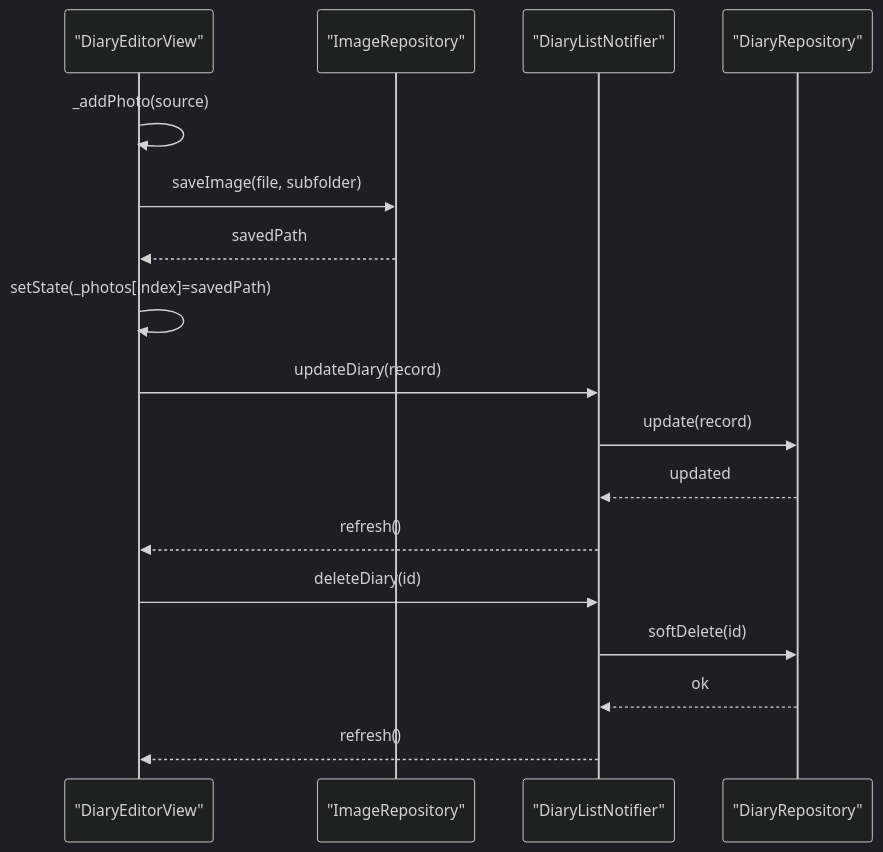
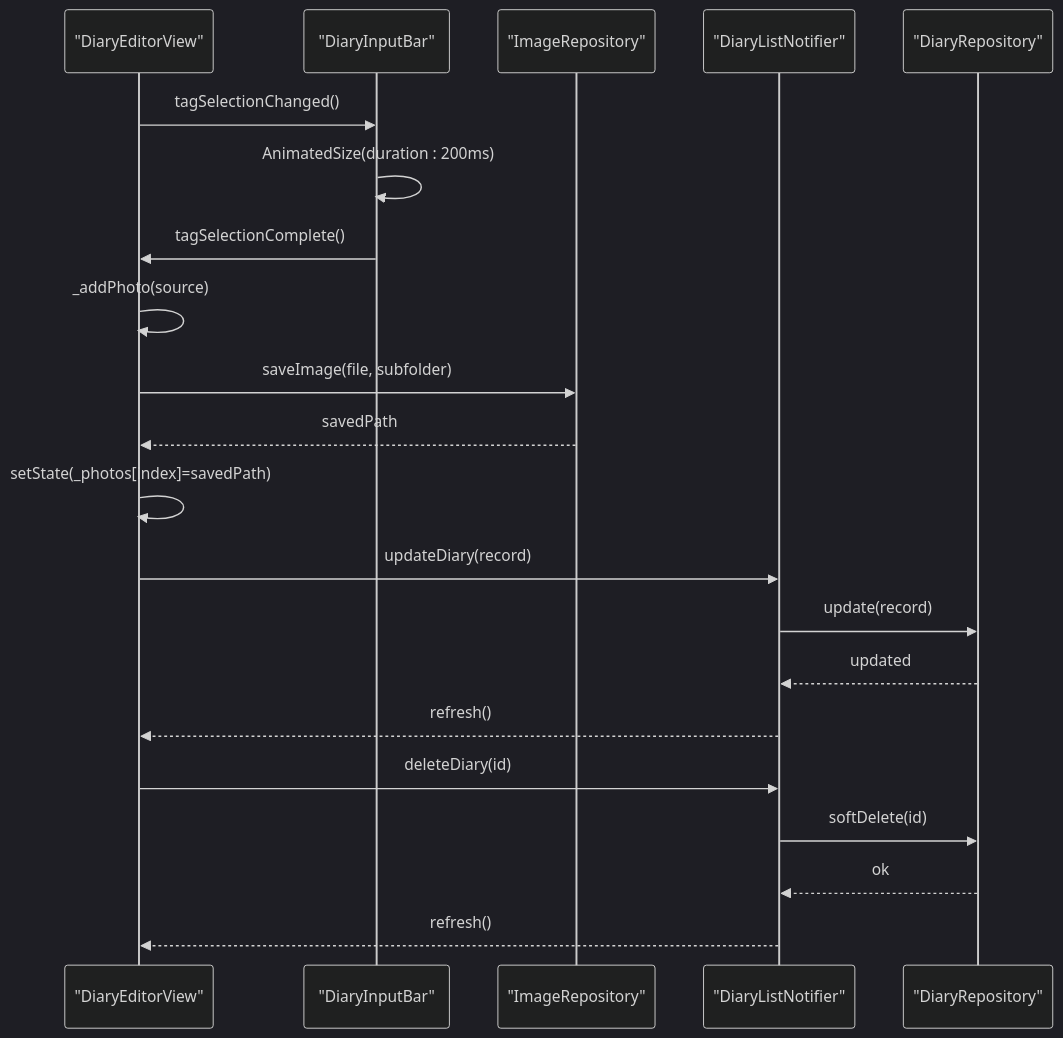
Before and after one commit to favoroo/QNote: the eighth of 9 diagrams in .qoder/repowiki/en/content/Core Features/Diary Management.md, drawn with Mermaid (dark theme). The commit also changed other lines of this file and 114 other files, not shown here.

````diff
--- a/.qoder/repowiki/en/content/Core Features/Diary Management.md
+++ b/.qoder/repowiki/en/content/Core Features/Diary Management.md
@@ -287,19 +346,23 @@
 ```mermaid
 sequenceDiagram
 participant Editor as "DiaryEditorView"
+participant Input as "DiaryInputBar"
 participant Image as "ImageRepository"
 participant Provider as "DiaryListNotifier"
 participant Repo as "DiaryRepository"
+Editor->>Input : tagSelectionChanged()
+Input->>Input : AnimatedSize(duration : 200ms)
+Input->>Editor : tagSelectionComplete()
 Editor->>Editor : _addPhoto(source)
 Editor->>Image : saveImage(file, subfolder)
 Image-->>Editor : savedPath
 Editor->>Editor : setState(_photos[index]=savedPath)
 Editor->>Provider : updateDiary(record)
 Provider->>Repo : update(record)
 Repo-->>Provider : updated
 Provider-->>Editor : refresh()
 Editor->>Provider : deleteDiary(id)
 Provider->>Repo : softDelete(id)
 Repo-->>Provider : ok
 Provider-->>Editor : refresh()
 ```
````
